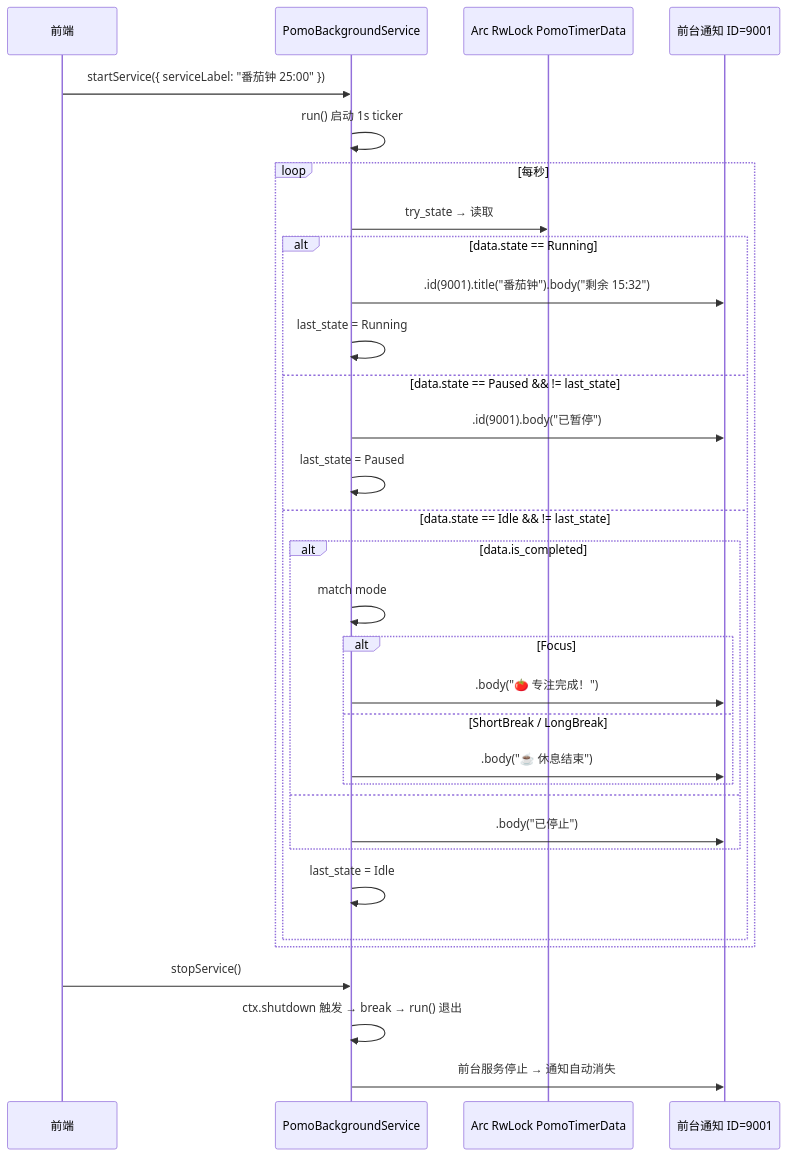
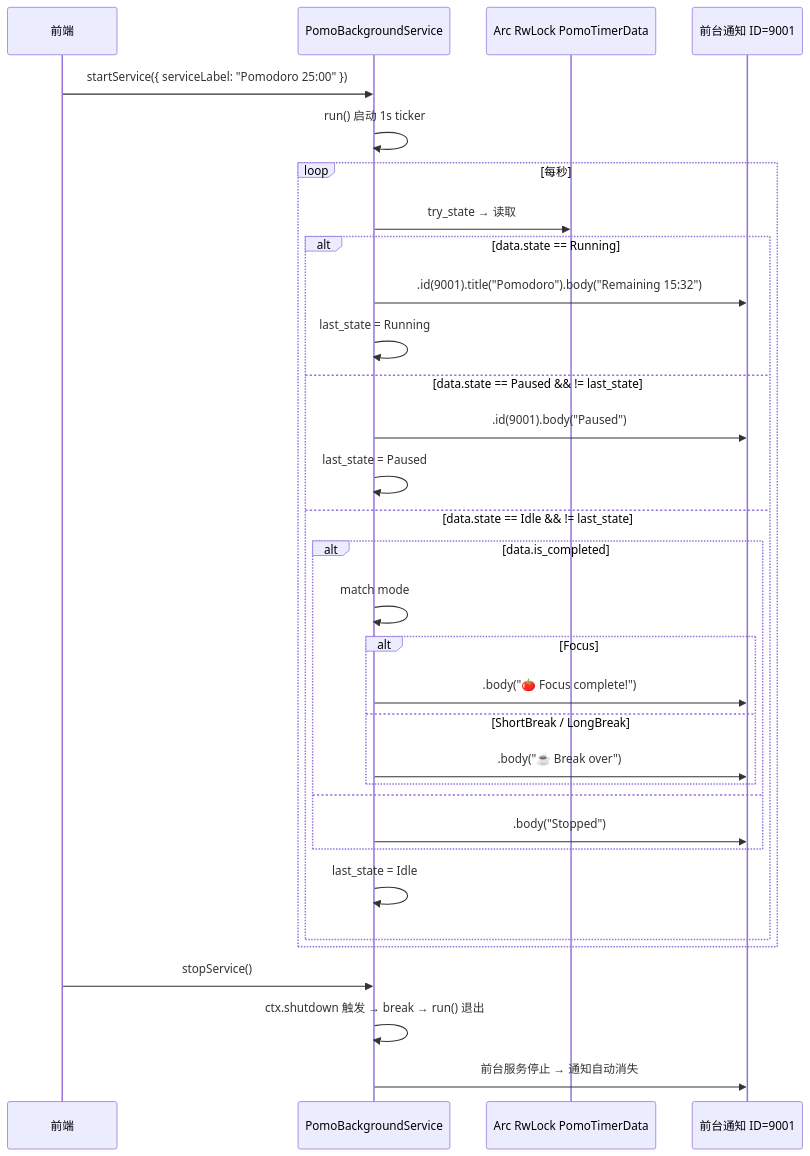
The seventh of 7 diagrams in src/docs/pomo.md (ruinb0wman/exp1), drawn with Mermaid before and after one commit. The commit also changed other lines of this file and 101 other files, not shown here.

````diff
--- a/src/docs/pomo.md
+++ b/src/docs/pomo.md
@@ -215,35 +215,35 @@
 ```mermaid
 sequenceDiagram
     participant FE as 前端
     participant BS as PomoBackgroundService
     participant DATA as Arc RwLock PomoTimerData
     participant NOTIF as 前台通知 ID=9001
 
-    FE->>BS: startService({ serviceLabel: "番茄钟 25:00" })
+    FE->>BS: startService({ serviceLabel: "Pomodoro 25:00" })
     BS->>BS: run() 启动 1s ticker
     loop 每秒
         BS->>DATA: try_state → 读取
         alt data.state == Running
-            BS->>NOTIF: .id(9001).title("番茄钟").body("剩余 15:32")
+            BS->>NOTIF: .id(9001).title("Pomodoro").body("Remaining 15:32")
             BS->>BS: last_state = Running
         else data.state == Paused && != last_state
-            BS->>NOTIF: .id(9001).body("已暂停")
+            BS->>NOTIF: .id(9001).body("Paused")
             BS->>BS: last_state = Paused
         else data.state == Idle && != last_state
             alt data.is_completed
                 BS->>BS: match mode
                 alt Focus
-                    BS->>NOTIF: .body("🍅 专注完成！")
+                    BS->>NOTIF: .body("🍅 Focus complete!")
                 else ShortBreak / LongBreak
-                    BS->>NOTIF: .body("☕ 休息结束")
+                    BS->>NOTIF: .body("☕ Break over")
                 end
             else
-                BS->>NOTIF: .body("已停止")
+                BS->>NOTIF: .body("Stopped")
             end
             BS->>BS: last_state = Idle
         end
     end
     FE->>BS: stopService()
     BS->>BS: ctx.shutdown 触发 → break → run() 退出
     BS->>NOTIF: 前台服务停止 → 通知自动消失
 ```
````
